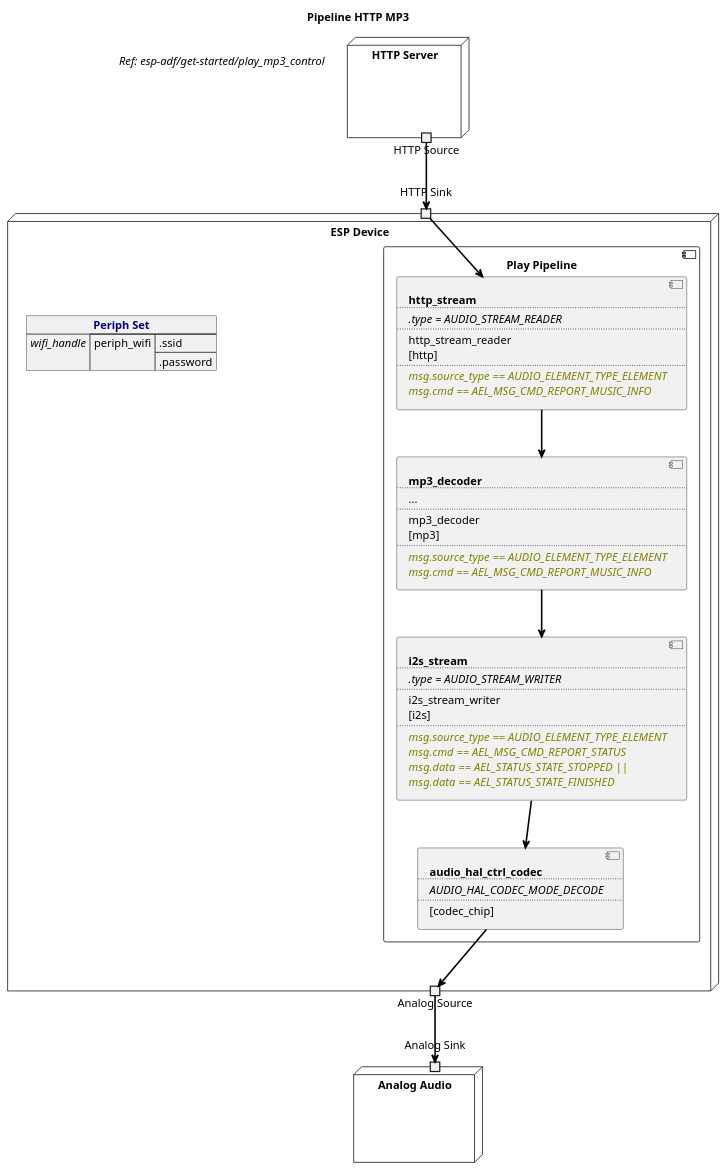
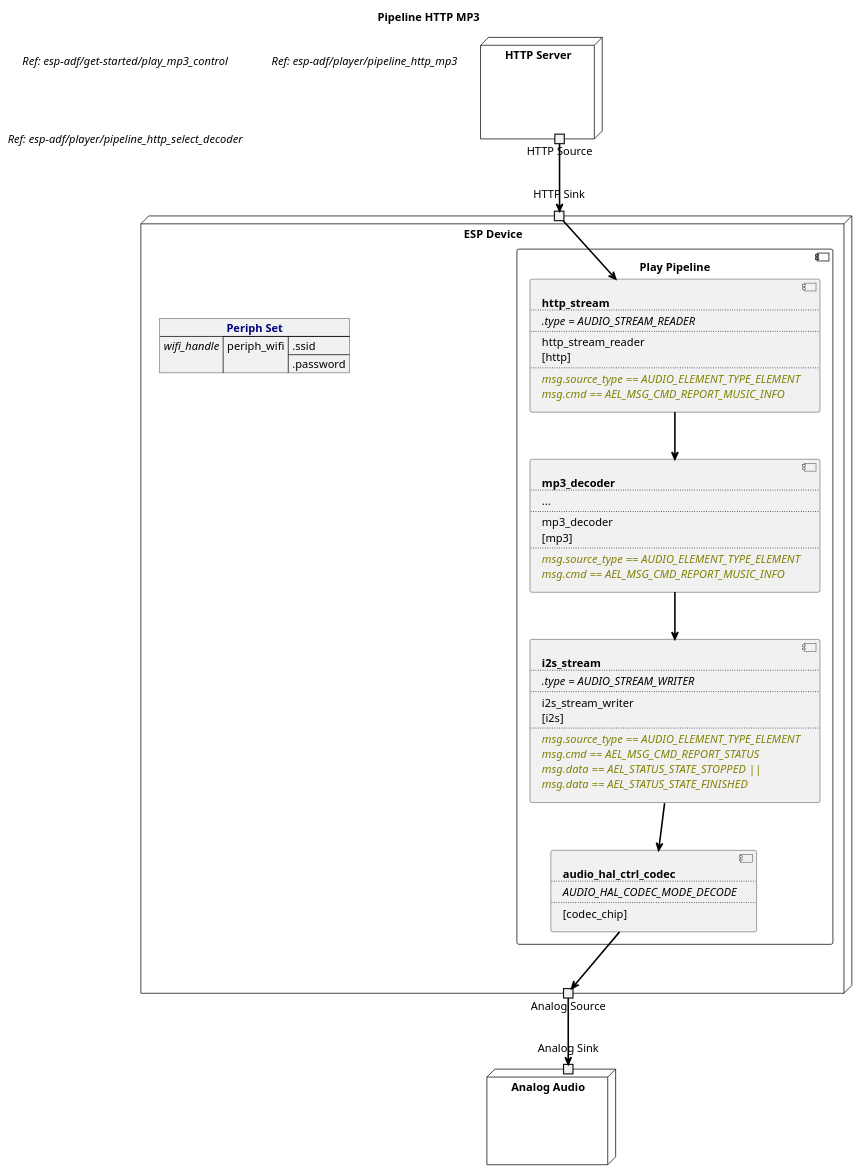
The diagram in examples/esp-adf/player/pipeline_http_mp3/audio-stream-diagram.plantuml (liang-zhu-zi/open-audio-adapter), drawn with PlantUML before and after one commit. The commit also changed 1 other file, not shown here.

Commit message:
add audio flow chart

```diff
--- a/examples/esp-adf/player/pipeline_http_mp3/audio-stream-diagram.plantuml
+++ b/examples/esp-adf/player/pipeline_http_mp3/audio-stream-diagram.plantuml
@@ -1,87 +1,89 @@
 @startuml pipeline_http_mp3
 title Pipeline HTTP MP3
 allowmixing
 
 label "//Ref: esp-adf/get-started/play_mp3_control//"
+label "//Ref: esp-adf/player/pipeline_http_mp3//"
+label "//Ref: esp-adf/player/pipeline_http_select_decoder//"
 
 node "HTTP Server" as HTTPServer  {
     portout "HTTP Source" as HTTPSource
 } 
 
 node "ESP Device" as ESPDevice  {
 
     json "<b><color navy>Periph Set" as periph_set {
         "<i>wifi_handle" : {
             "periph_wifi" : [".ssid", ".password"]
         }
     }
     
     portin "HTTP Sink" as HTTPSink
 
     component "Play Pipeline" as PlayPipeline {
 
         component HTTPStream [
             <b>http_stream
             ....
             <i>.type = AUDIO_STREAM_READER
             ....
             http_stream_reader
             [http]
             ....
             <i><color olive>msg.source_type == AUDIO_ELEMENT_TYPE_ELEMENT
             <i><color olive>msg.cmd == AEL_MSG_CMD_REPORT_MUSIC_INFO
         ]
 
         component Mp3Decoder [
             <b>mp3_decoder
             ....
             ...
             ....
             mp3_decoder
             [mp3]
             ....
             <i><color olive>msg.source_type == AUDIO_ELEMENT_TYPE_ELEMENT
             <i><color olive>msg.cmd == AEL_MSG_CMD_REPORT_MUSIC_INFO
         ]
 
         component I2SStream [
             <b>i2s_stream
             ....
             <i>.type = AUDIO_STREAM_WRITER
             ....
             i2s_stream_writer
             [i2s]
             ....
             <i><color olive>msg.source_type == AUDIO_ELEMENT_TYPE_ELEMENT
             <i><color olive>msg.cmd == AEL_MSG_CMD_REPORT_STATUS
             <i><color olive>msg.data == AEL_STATUS_STATE_STOPPED ||
             <i><color olive>msg.data == AEL_STATUS_STATE_FINISHED
         ]
 
         component HALCodec [
             <b>audio_hal_ctrl_codec
             ....
             <i>AUDIO_HAL_CODEC_MODE_DECODE
             ....
             [codec_chip]
         ]
     }
 
     portout "Analog Source" as AnalogSource
 } 
 
 node "Analog Audio" as AnalogAudio  {
     portin "Analog Sink" as AnalogSink
 }
 
 HTTPSource --> HTTPSink           #line:black;line.bold;text:black
 
 HTTPSink    --> HTTPStream        #line:black;line.bold;text:black
 HTTPStream  --> Mp3Decoder       #line:black;line.bold;text:black
 Mp3Decoder --> I2SStream        #line:black;line.bold;text:black
 I2SStream  --> HALCodec         #line:black;line.bold;text:black
 HALCodec   --> AnalogSource     #line:black;line.bold;text:black
 
 AnalogSource --> AnalogSink     #line:black;line.bold;text:black
 
 @enduml
```
